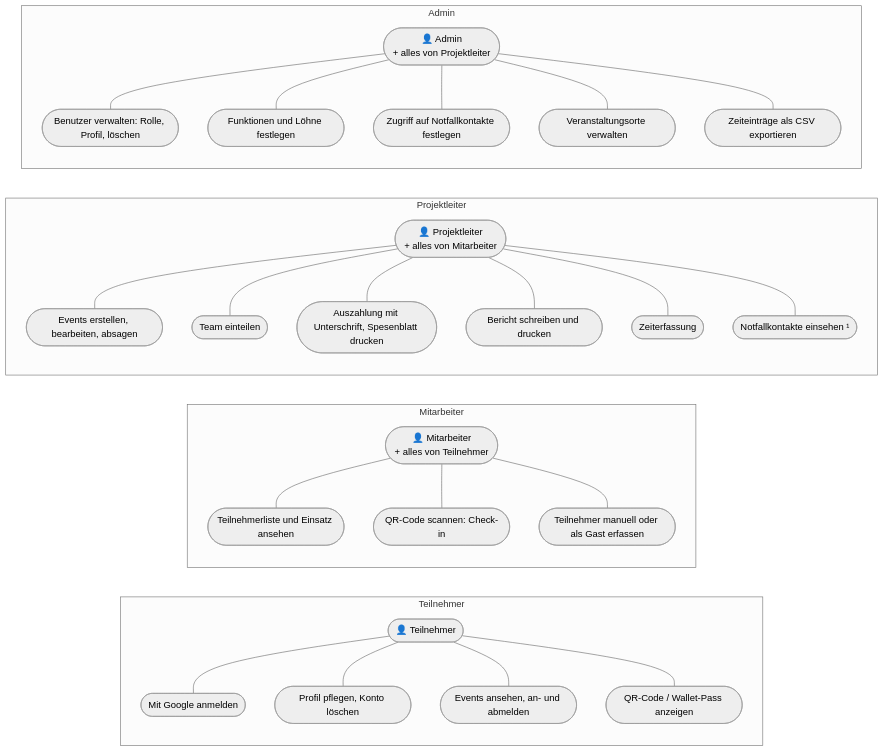
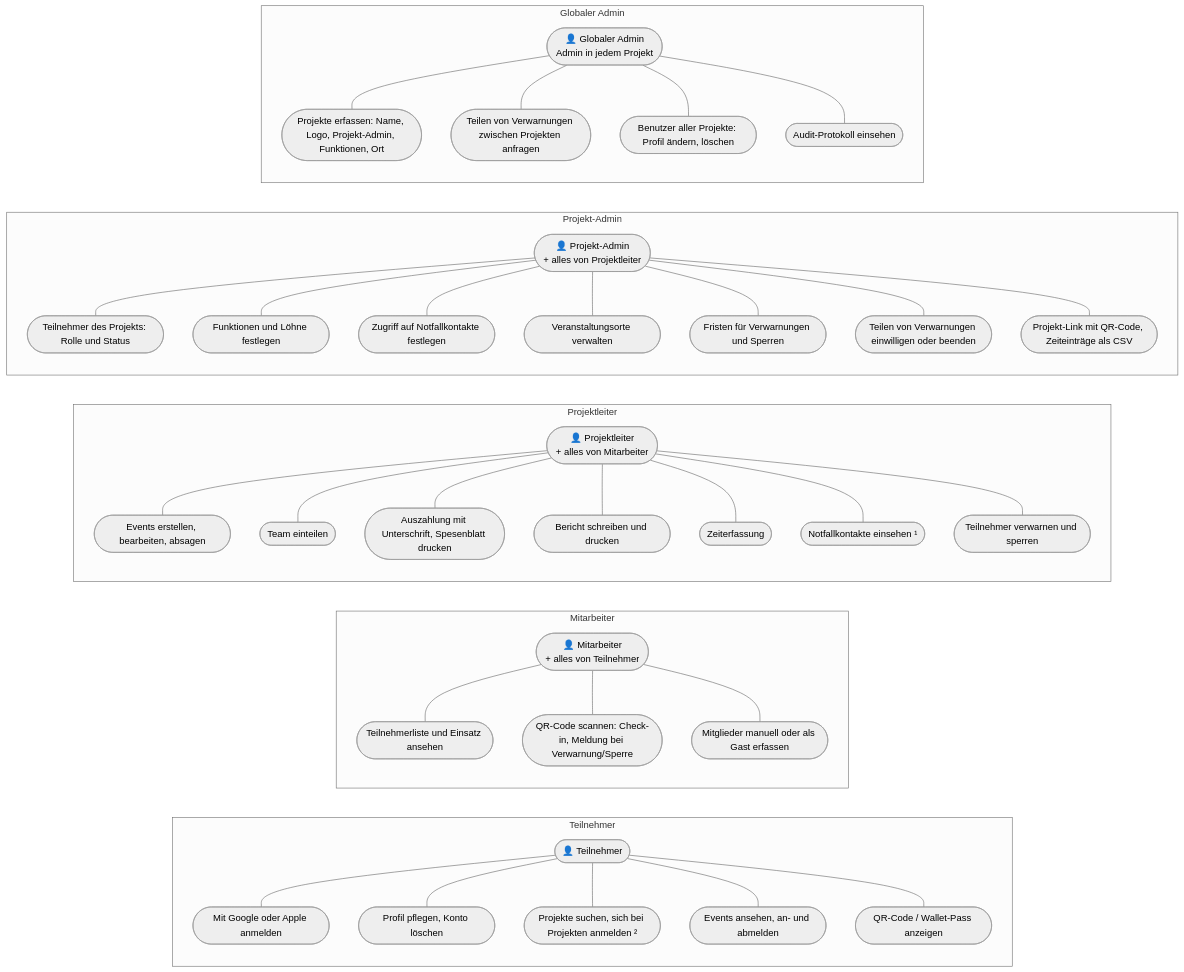
One commit to tribock/midnightsports changed the second of 8 diagrams in docs/architektur.md. Above: the diagram before and after it, drawn with Mermaid (neutral theme). The commit also changed other lines of this file and 60 other files, not shown here.

````diff
--- a/docs/architektur.md
+++ b/docs/architektur.md
@@ -38,40 +45,53 @@
 ```mermaid
 flowchart LR
     subgraph RT["Teilnehmer"]
         T(["👤 Teilnehmer"])
-        T1([Mit Google anmelden])
+        T1([Mit Google oder Apple anmelden])
         T2([Profil pflegen, Konto löschen])
-        T3([Events ansehen, an- und abmelden])
-        T4([QR-Code / Wallet-Pass anzeigen])
-        T --- T1 & T2 & T3 & T4
+        T3([Projekte suchen, sich bei Projekten anmelden ²])
+        T4([Events ansehen, an- und abmelden])
+        T5([QR-Code / Wallet-Pass anzeigen])
+        T --- T1 & T2 & T3 & T4 & T5
     end
 
     subgraph RM["Mitarbeiter"]
         MA(["👤 Mitarbeiter<br/>+ alles von Teilnehmer"])
         M1([Teilnehmerliste und Einsatz ansehen])
-        M2([QR-Code scannen: Check-in])
-        M3([Teilnehmer manuell oder als Gast erfassen])
+        M2([QR-Code scannen: Check-in, Meldung bei Verwarnung/Sperre])
+        M3([Mitglieder manuell oder als Gast erfassen])
         MA --- M1 & M2 & M3
     end
 
     subgraph RP["Projektleiter"]
         PL(["👤 Projektleiter<br/>+ alles von Mitarbeiter"])
         P0([Events erstellen, bearbeiten, absagen])
         P1([Team einteilen])
         P2([Auszahlung mit Unterschrift, Spesenblatt drucken])
         P3([Bericht schreiben und drucken])
         P4([Zeiterfassung])
         P5([Notfallkontakte einsehen ¹])
-        PL --- P0 & P1 & P2 & P3 & P4 & P5
+        P6([Teilnehmer verwarnen und sperren])
+        PL --- P0 & P1 & P2 & P3 & P4 & P5 & P6
     end
 
-    subgraph RA["Admin"]
-        A(["👤 Admin<br/>+ alles von Projektleiter"])
-        A1([Benutzer verwalten: Rolle, Profil, löschen])
+    subgraph RA["Projekt-Admin"]
+        A(["👤 Projekt-Admin<br/>+ alles von Projektleiter"])
+        A1([Teilnehmer des Projekts: Rolle und Status])
         A2([Funktionen und Löhne festlegen])
         A3([Zugriff auf Notfallkontakte festlegen])
         A4([Veranstaltungsorte verwalten])
-        A5([Zeiteinträge als CSV exportieren])
-        A --- A1 & A2 & A3 & A4 & A5
+        A5([Fristen für Verwarnungen und Sperren])
+        A6([Teilen von Verwarnungen einwilligen oder beenden])
+        A7([Projekt-Link mit QR-Code, Zeiteinträge als CSV])
+        A --- A1 & A2 & A3 & A4 & A5 & A6 & A7
+    end
+
+    subgraph RG["Globaler Admin"]
+        G(["👤 Globaler Admin<br/>Admin in jedem Projekt"])
+        G1([Projekte erfassen: Name, Logo, Projekt-Admin, Funktionen, Ort])
+        G2([Teilen von Verwarnungen zwischen Projekten anfragen])
+        G3([Benutzer aller Projekte: Profil ändern, löschen])
+        G4([Audit-Protokoll einsehen])
+        G --- G1 & G2 & G3 & G4
     end
 ```
````
